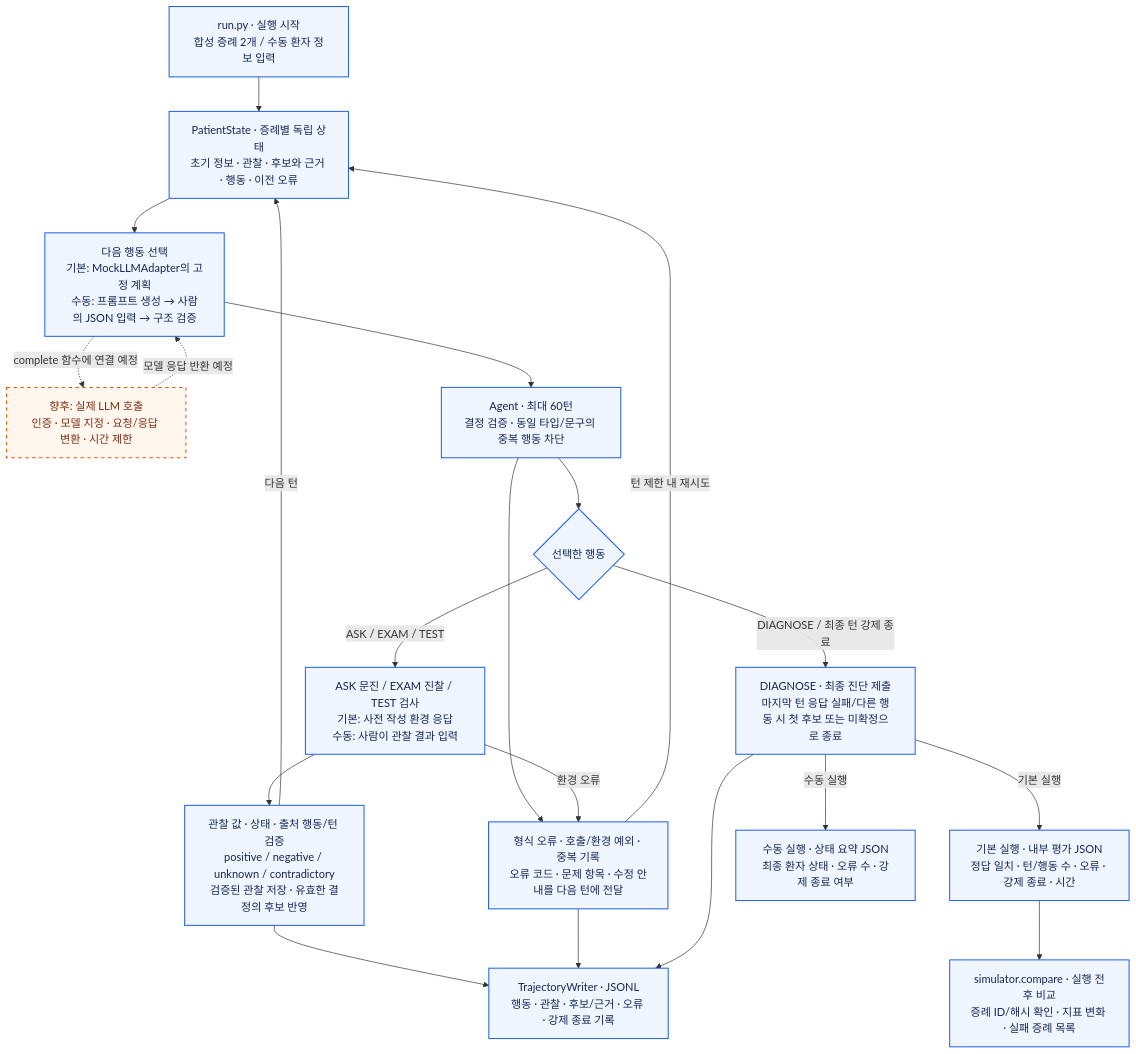
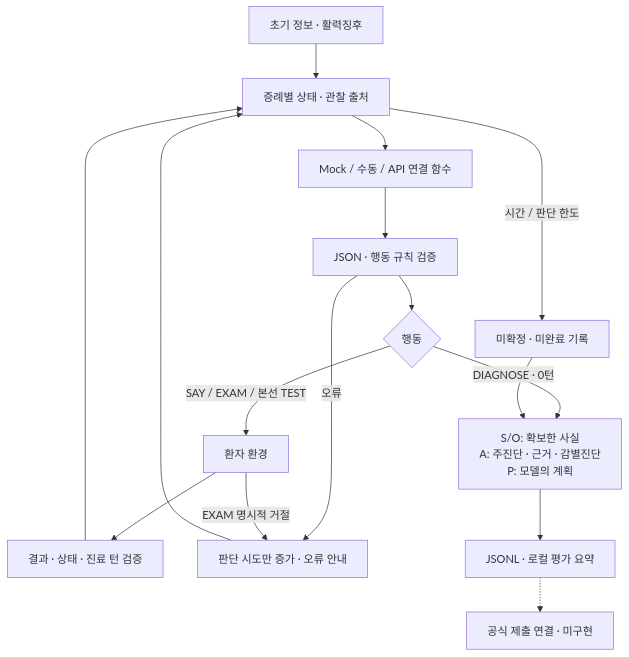
Before and after one commit to juneddoha/nova-medical-agent: the diagram in README.md, drawn with Mermaid. The commit also changed other lines of this file and 17 other files, not shown here.

Commit message:
Align agent with OT rules and prepare API integration

````diff
--- a/README.md
+++ b/README.md
@@ -13,42 +31,18 @@
 ```mermaid
 flowchart TD
-    INPUT["run.py · 실행 시작<br/>합성 증례 2개 / 수동 환자 정보 입력"]
-    STATE["PatientState · 증례별 독립 상태<br/>초기 정보 · 관찰 · 후보와 근거 · 행동 · 이전 오류"]
-    ADAPTER["다음 행동 선택<br/>기본: MockLLMAdapter의 고정 계획<br/>수동: 프롬프트 생성 → 사람의 JSON 입력 → 구조 검증"]
-    API["향후: 실제 LLM 호출<br/>인증 · 모델 지정 · 요청/응답 변환 · 시간 제한"]
-    AGENT["Agent · 최대 60턴<br/>결정 검증 · 동일 타입/문구의 중복 행동 차단"]
-    ACTION{"선택한 행동"}
-    ENV["ASK 문진 / EXAM 진찰 / TEST 검사<br/>기본: 사전 작성 환경 응답<br/>수동: 사람이 관찰 결과 입력"]
-    OBS["관찰 값 · 상태 · 출처 행동/턴 검증<br/>positive / negative / unknown / contradictory<br/>검증된 관찰 저장 · 유효한 결정의 후보 반영"]
-    ERROR["형식 오류 · 호출/환경 예외 · 중복 기록<br/>오류 코드 · 문제 항목 · 수정 안내를 다음 턴에 전달"]
-    FINAL["DIAGNOSE · 최종 진단 제출<br/>마지막 턴 응답 실패/다른 행동 시 첫 후보 또는 미확정으로 종료"]
-    LOG["TrajectoryWriter · JSONL<br/>행동 · 관찰 · 후보/근거 · 오류 · 강제 종료 기록"]
-    EVAL["기본 실행 · 내부 평가 JSON<br/>정답 일치 · 턴/행동 수 · 오류 · 강제 종료 · 시간"]
-    MANUAL["수동 실행 · 상태 요약 JSON<br/>최종 환자 상태 · 오류 수 · 강제 종료 여부"]
-    COMPARE["simulator.compare · 실행 전후 비교<br/>증례 ID/해시 확인 · 지표 변화 · 실패 증례 목록"]
-
-    INPUT --> STATE
-    STATE --> ADAPTER
-    ADAPTER -. "complete 함수에 연결 예정" .-> API
-    API -. "모델 응답 반환 예정" .-> ADAPTER
-    ADAPTER --> AGENT
-    AGENT --> ACTION
-    AGENT --> ERROR
-    ACTION -->|ASK / EXAM / TEST| ENV
-    ENV --> OBS
-    ENV -->|환경 오류| ERROR
-    OBS -->|다음 턴| STATE
-    OBS --> LOG
-    ERROR -->|턴 제한 내 재시도| STATE
-    ERROR --> LOG
-    ACTION -->|DIAGNOSE / 최종 턴 강제 종료| FINAL
-    FINAL --> LOG
-    FINAL -->|기본 실행| EVAL
-    FINAL -->|수동 실행| MANUAL
-    EVAL --> COMPARE
-
-    classDef done fill:#EFF6FF,stroke:#2563EB,color:#172554,stroke-width:1.5px;
-    classDef planned fill:#FFF7ED,stroke:#EA580C,color:#7C2D12,stroke-width:1.5px,stroke-dasharray:5 5;
-    class INPUT,STATE,ADAPTER,AGENT,ACTION,ENV,OBS,ERROR,FINAL,LOG,EVAL,MANUAL,COMPARE done;
-    class API planned;
+    INPUT["초기 정보 · 활력징후"] --> STATE["증례별 상태 · 관찰 출처"]
+    STATE --> ADAPTER["Mock / 수동 / API 연결 함수"]
+    ADAPTER --> VALIDATE["JSON · 행동 규칙 검증"]
+    VALIDATE --> ACTION{"행동"}
+    ACTION -->|SAY / EXAM / 본선 TEST| ENV["환자 환경"]
+    ENV --> OBS["결과 · 상태 · 진료 턴 검증"]
+    OBS --> STATE
+    VALIDATE -->|오류| RETRY["판단 시도만 증가 · 오류 안내"]
+    RETRY --> STATE
+    ENV -->|EXAM 명시적 거절| RETRY
+    ACTION -->|DIAGNOSE · 0턴| SOAP["S/O: 확보한 사실<br/>A: 주진단 · 근거 · 감별진단<br/>P: 모델의 계획"]
+    STATE -->|시간 / 판단 한도| FALLBACK["미확정 · 미완료 기록"]
+    FALLBACK --> SOAP
+    SOAP --> LOG["JSONL · 로컬 평가 요약"]
+    LOG -.-> SERVER["공식 제출 연결 · 미구현"]
 ```
````
